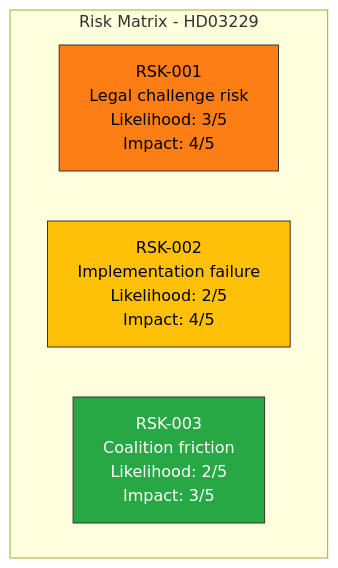
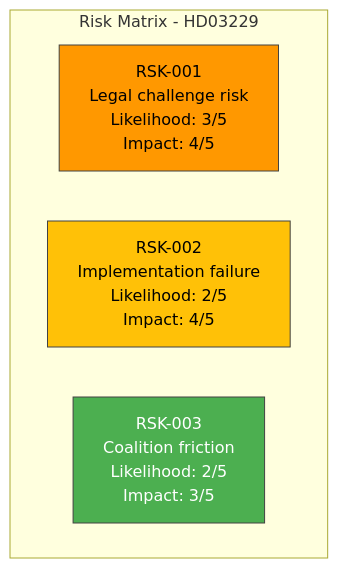
Before and after one commit to Hack23/riksdagsmonitor: the second of 2 diagrams in analysis/daily/2026-03-31/documents/HD03229-analysis.md, drawn with Mermaid. The commit also changed other lines of this file and 785 other files, not shown here.

First line of the commit message:
Normalize mermaid colors across 786 analysis artifacts to ISMS Style Guide palette

````diff
--- a/analysis/daily/2026-03-31/documents/HD03229-analysis.md
+++ b/analysis/daily/2026-03-31/documents/HD03229-analysis.md
@@ -80,12 +80,12 @@
 ```mermaid
 graph TD
     subgraph "Risk Matrix - HD03229"
         R1["RSK-001<br/>Legal challenge risk<br/>Likelihood: 3/5<br/>Impact: 4/5"]
         R2["RSK-002<br/>Implementation failure<br/>Likelihood: 2/5<br/>Impact: 4/5"]
         R3["RSK-003<br/>Coalition friction<br/>Likelihood: 2/5<br/>Impact: 3/5"]
     end
 
-    style R1 fill:#fd7e14,stroke:#333,color:#000
-    style R2 fill:#ffc107,stroke:#333,color:#000
-    style R3 fill:#28a745,stroke:#333,color:#fff
+    style R1 fill:#FF9800,stroke:#424242,color:#000000
+    style R2 fill:#FFC107,stroke:#424242,color:#000000
+    style R3 fill:#4CAF50,stroke:#424242,color:#FFFFFF
 ```
````
